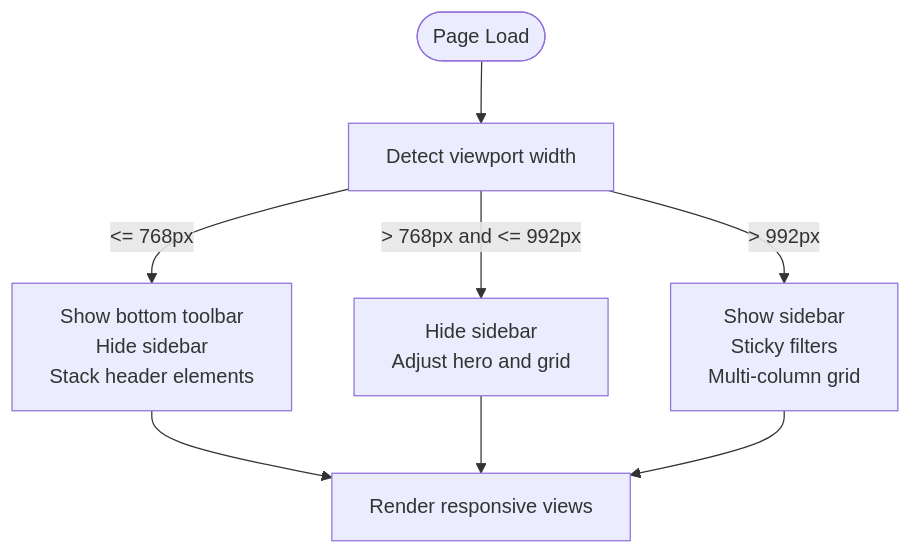
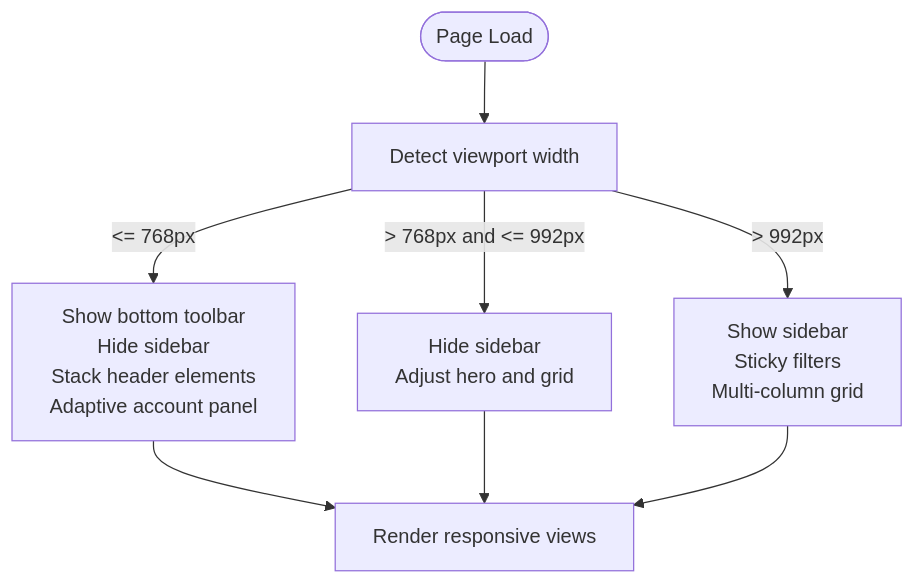
The third of 8 diagrams in .qoder/repowiki/en/content/Mobile Responsiveness.md (OryxAvelis/updated_market), drawn with Mermaid before and after one commit. The commit also changed other lines of this file and 4 other files, not shown here.

````diff
--- a/.qoder/repowiki/en/content/Mobile Responsiveness.md
+++ b/.qoder/repowiki/en/content/Mobile Responsiveness.md
@@ -135,10 +148,10 @@
 ```mermaid
 flowchart TD
 Start(["Page Load"]) --> Detect["Detect viewport width"]
-Detect --> |<= 768px| Mobile["Show bottom toolbar<br/>Hide sidebar<br/>Stack header elements"]
+Detect --> |<= 768px| Mobile["Show bottom toolbar<br/>Hide sidebar<br/>Stack header elements<br/>Adaptive account panel"]
 Detect --> |> 768px and <= 992px| Tablet["Hide sidebar<br/>Adjust hero and grid"]
 Detect --> |> 992px| Desktop["Show sidebar<br/>Sticky filters<br/>Multi-column grid"]
 Mobile --> Render["Render responsive views"]
 Tablet --> Render
 Desktop --> Render
 ```
````
